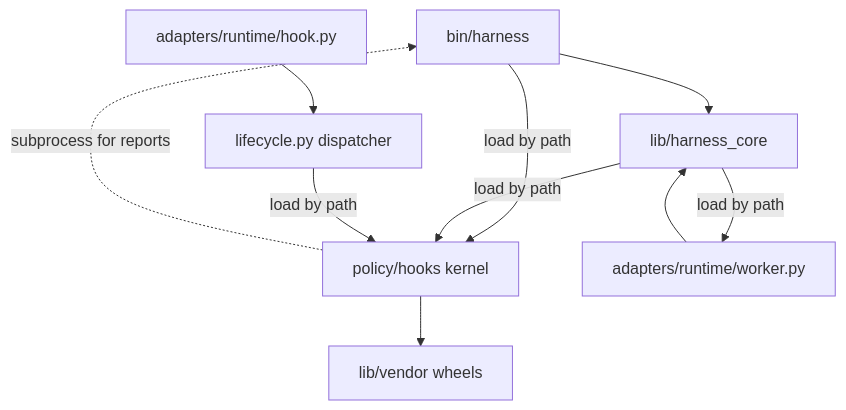
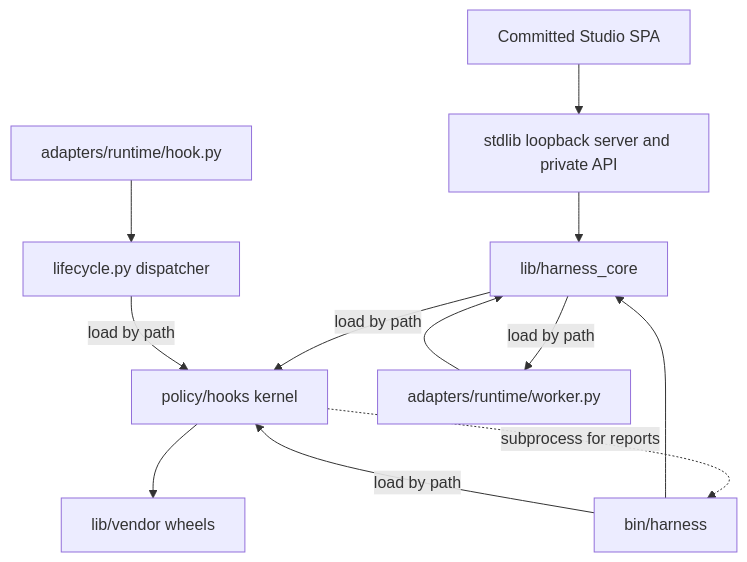
One commit to JakeSelby/model-citizen changed the second of 3 diagrams in _bmad-output/planning-artifacts/architecture-spines/architecture-agent-harness-2026-09-23/ARCHITECTURE-SPINE.md. Above: the diagram before and after it, drawn with Mermaid. The commit also changed other lines of this file and 23 other files, not shown here.

````diff
--- a/_bmad-output/planning-artifacts/architecture-spines/architecture-agent-harness-2026-09-23/ARCHITECTURE-SPINE.md
+++ b/_bmad-output/planning-artifacts/architecture-spines/architecture-agent-harness-2026-09-23/ARCHITECTURE-SPINE.md
@@ -97,12 +101,14 @@
 ```mermaid
 flowchart TB
+    browser[Committed Studio SPA] --> server[stdlib loopback server and private API]
+    server --> core
     cli[bin/harness] --> core[lib/harness_core]
     cli -- load by path --> kernel[policy/hooks kernel]
     core -- load by path --> kernel
     dispatcher[lifecycle.py dispatcher] -- load by path --> kernel
     core -- load by path --> workers[adapters/runtime/worker.py]
     workers --> core
     shim[adapters/runtime/hook.py] --> dispatcher
     kernel --> vendor[lib/vendor wheels]
     kernel -. subprocess for reports .-> cli
 ```
````
